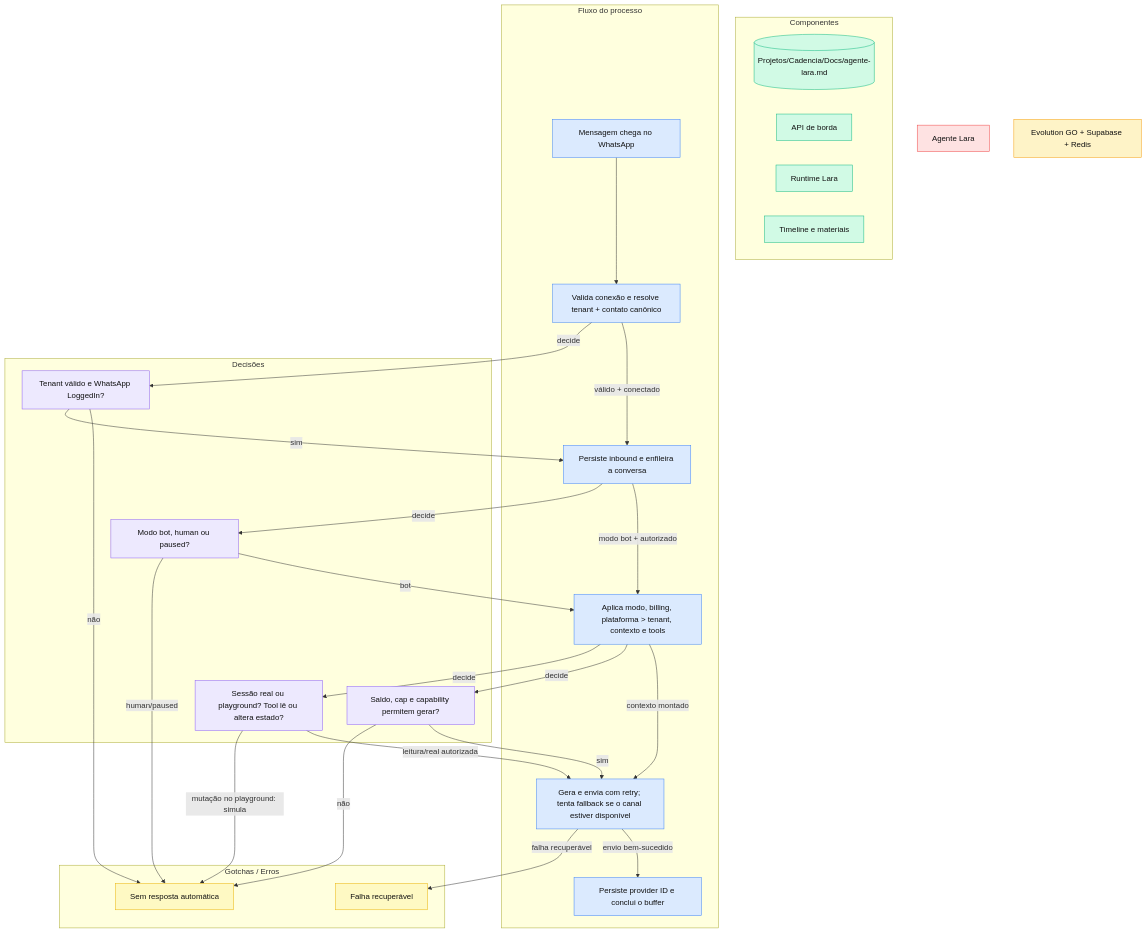
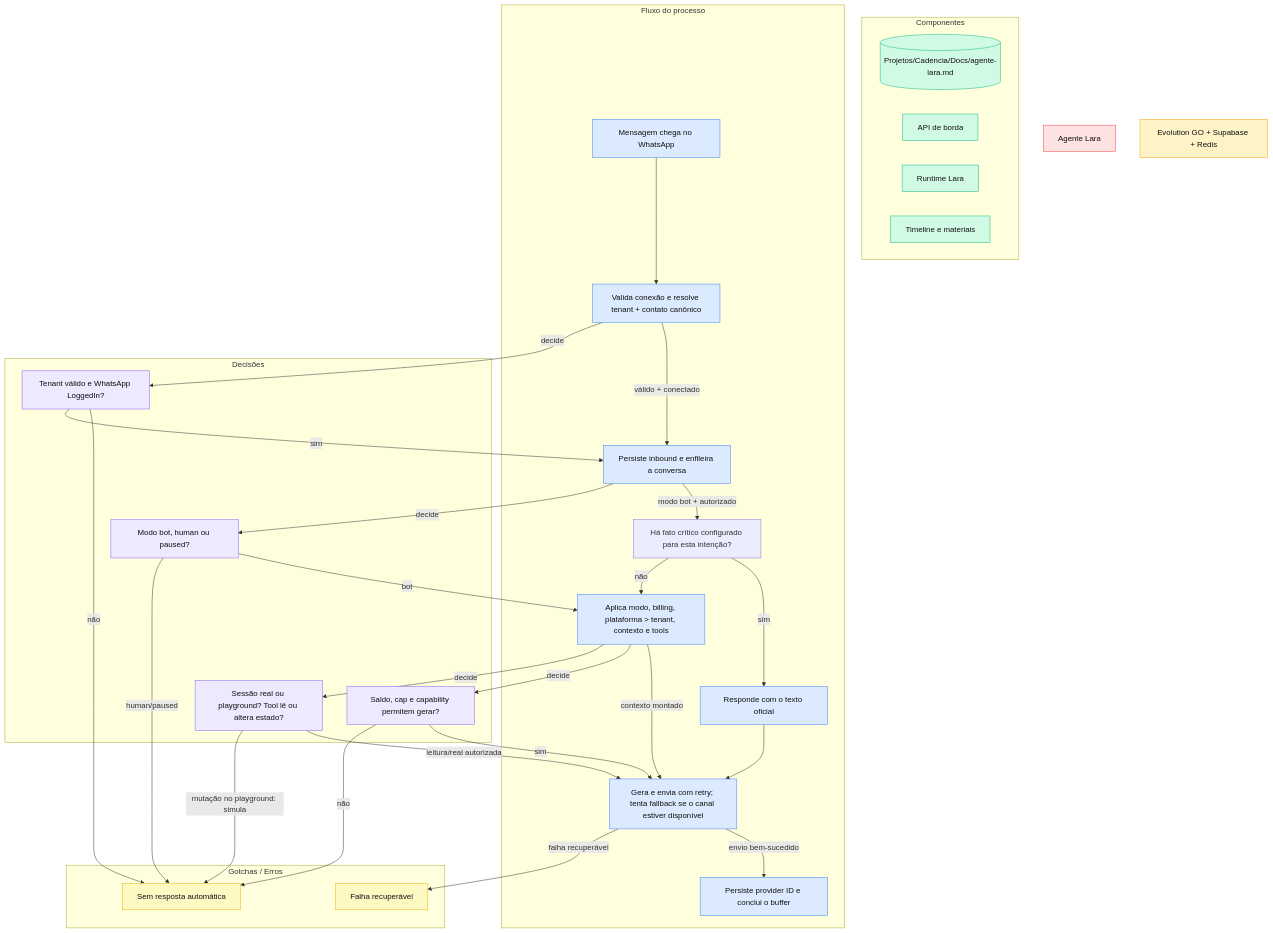
One commit to Posicionamento-Digital/cadencia-docs changed the diagram in docs/cadencia-app/agente-lara.md. Above: the diagram before and after it, drawn with Mermaid. The commit also changed other lines of this file, not shown here.

````diff
--- a/docs/cadencia-app/agente-lara.md
+++ b/docs/cadencia-app/agente-lara.md
@@ -32,66 +37,71 @@
 ```mermaid
 flowchart TD
     classDef component fill:#D1FAE5,stroke:#10B981,color:#111
     classDef flow fill:#DBEAFE,stroke:#3B82F6,color:#111
     classDef decision fill:#EDE9FE,stroke:#8B5CF6,color:#111
     classDef core fill:#FEE2E2,stroke:#EF4444,color:#111
     classDef external fill:#FEF3C7,stroke:#F59E0B,color:#111
     classDef warning fill:#FEF9C3,stroke:#EAB308,color:#111
 
     subgraph SG_component["Componentes"]
         panel[("Projetos/Cadencia/Docs/agente-lara.md")]
         api["API de borda"]
         runtime["Runtime Lara"]
         timeline["Timeline e materiais"]
     end
     class panel,api,runtime,timeline component
 
     subgraph SG_flow["Fluxo do processo"]
         inbound["Mensagem chega no WhatsApp"]
         resolve["Valida conexão e resolve tenant + contato canônico"]
         persist["Persiste inbound e enfileira a conversa"]
+        fact["Há fato crítico configurado para esta intenção?"]
         reason["Aplica modo, billing, plataforma > tenant, contexto e tools"]
+        exact["Responde com o texto oficial"]
         send["Gera e envia com retry; tenta fallback se o canal estiver disponível"]
         finish["Persiste provider ID e conclui o buffer"]
     end
-    class inbound,resolve,persist,reason,send,finish flow
+    class inbound,resolve,persist,reason,exact,send,finish flow
 
     subgraph SG_decision["Decisões"]
         connected["Tenant válido e WhatsApp LoggedIn?"]
         mode["Modo bot, human ou paused?"]
         limit["Saldo, cap e capability permitem gerar?"]
         tool["Sessão real ou playground? Tool lê ou altera estado?"]
     end
     class connected,mode,limit,tool decision
 
         title["Agente Lara"]
     class title core
 
         evolution["Evolution GO + Supabase + Redis"]
     class evolution external
 
     subgraph SG_warning["Gotchas / Erros"]
         stop["Sem resposta automática"]
         recover["Falha recuperável"]
     end
     class stop,recover warning
 
     inbound --> resolve
     resolve -->|"válido + conectado"| persist
-    persist -->|"modo bot + autorizado"| reason
+    persist -->|"modo bot + autorizado"| fact
+    fact -->|"sim"| exact
+    fact -->|"não"| reason
+    exact --> send
     reason -->|"contexto montado"| send
     send -->|"envio bem-sucedido"| finish
     resolve -->|"decide"| connected
     connected -->|"não"| stop
     connected -->|"sim"| persist
     persist -->|"decide"| mode
     mode -->|"bot"| reason
     mode -->|"human/paused"| stop
     reason -->|"decide"| limit
     limit -->|"sim"| send
     limit -->|"não"| stop
     reason -->|"decide"| tool
     tool -->|"leitura/real autorizada"| send
     tool -->|"mutação no playground: simula"| stop
     send -->|"falha recuperável"| recover
 ```
````
